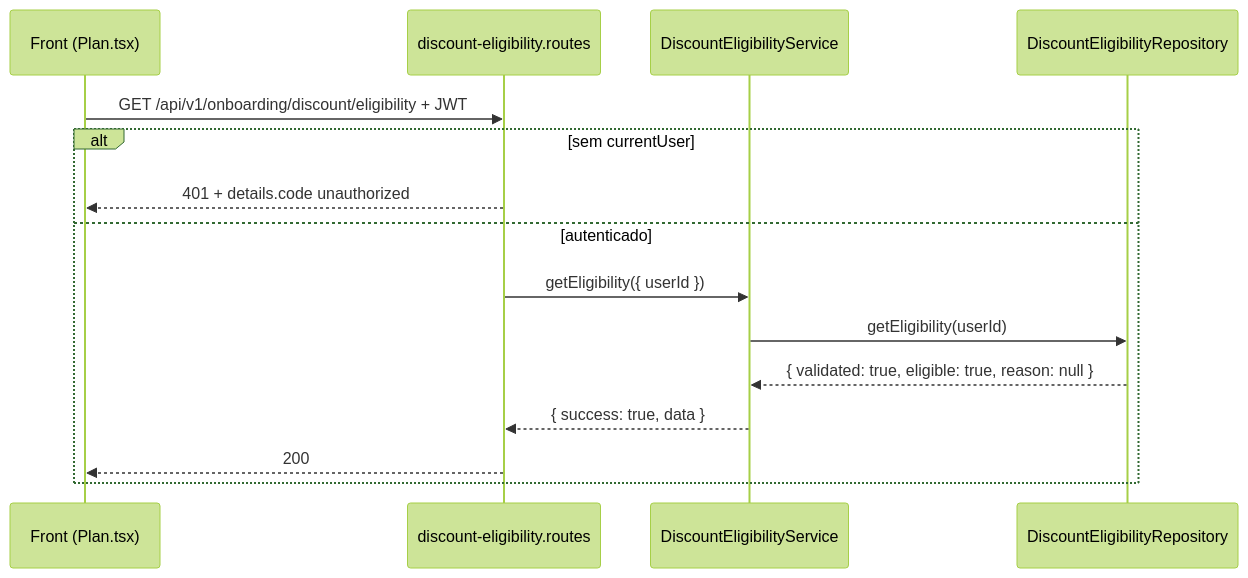
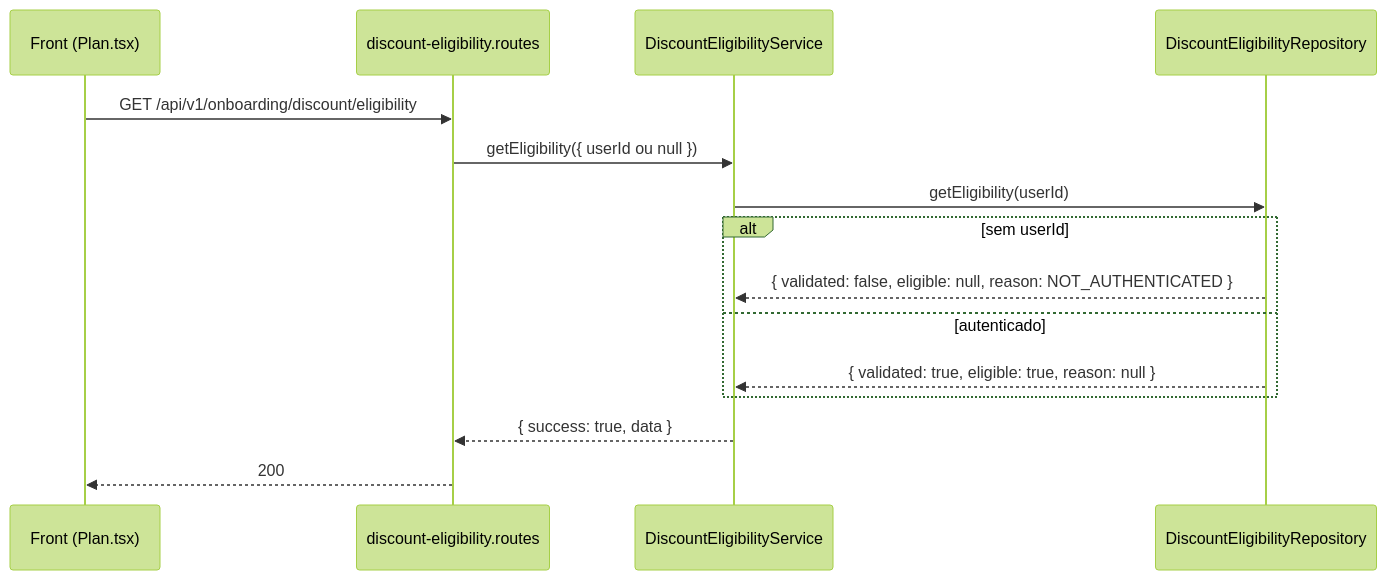
One commit to charles-mendes/eden-bowls-backend changed the diagram in new-docs/Plan/ROTA_ONBOARDING_DISCOUNT_ELIGIBILITY.md. Above: the diagram before and after it, drawn with Mermaid (forest theme). The commit also changed other lines of this file and 18 other files, not shown here.

````diff
--- a/new-docs/Plan/ROTA_ONBOARDING_DISCOUNT_ELIGIBILITY.md
+++ b/new-docs/Plan/ROTA_ONBOARDING_DISCOUNT_ELIGIBILITY.md
@@ -94,18 +95,18 @@
 ```mermaid
 sequenceDiagram
   participant FE as Front (Plan.tsx)
   participant RT as discount-eligibility.routes
   participant SV as DiscountEligibilityService
   participant RP as DiscountEligibilityRepository
 
-  FE->>RT: GET /api/v1/onboarding/discount/eligibility + JWT
-  alt sem currentUser
-    RT-->>FE: 401 + details.code unauthorized
+  FE->>RT: GET /api/v1/onboarding/discount/eligibility
+  RT->>SV: getEligibility({ userId ou null })
+  SV->>RP: getEligibility(userId)
+  alt sem userId
+    RP-->>SV: { validated: false, eligible: null, reason: NOT_AUTHENTICATED }
   else autenticado
-    RT->>SV: getEligibility({ userId })
-    SV->>RP: getEligibility(userId)
     RP-->>SV: { validated: true, eligible: true, reason: null }
-    SV-->>RT: { success: true, data }
-    RT-->>FE: 200
   end
+  SV-->>RT: { success: true, data }
+  RT-->>FE: 200
 ```
````
